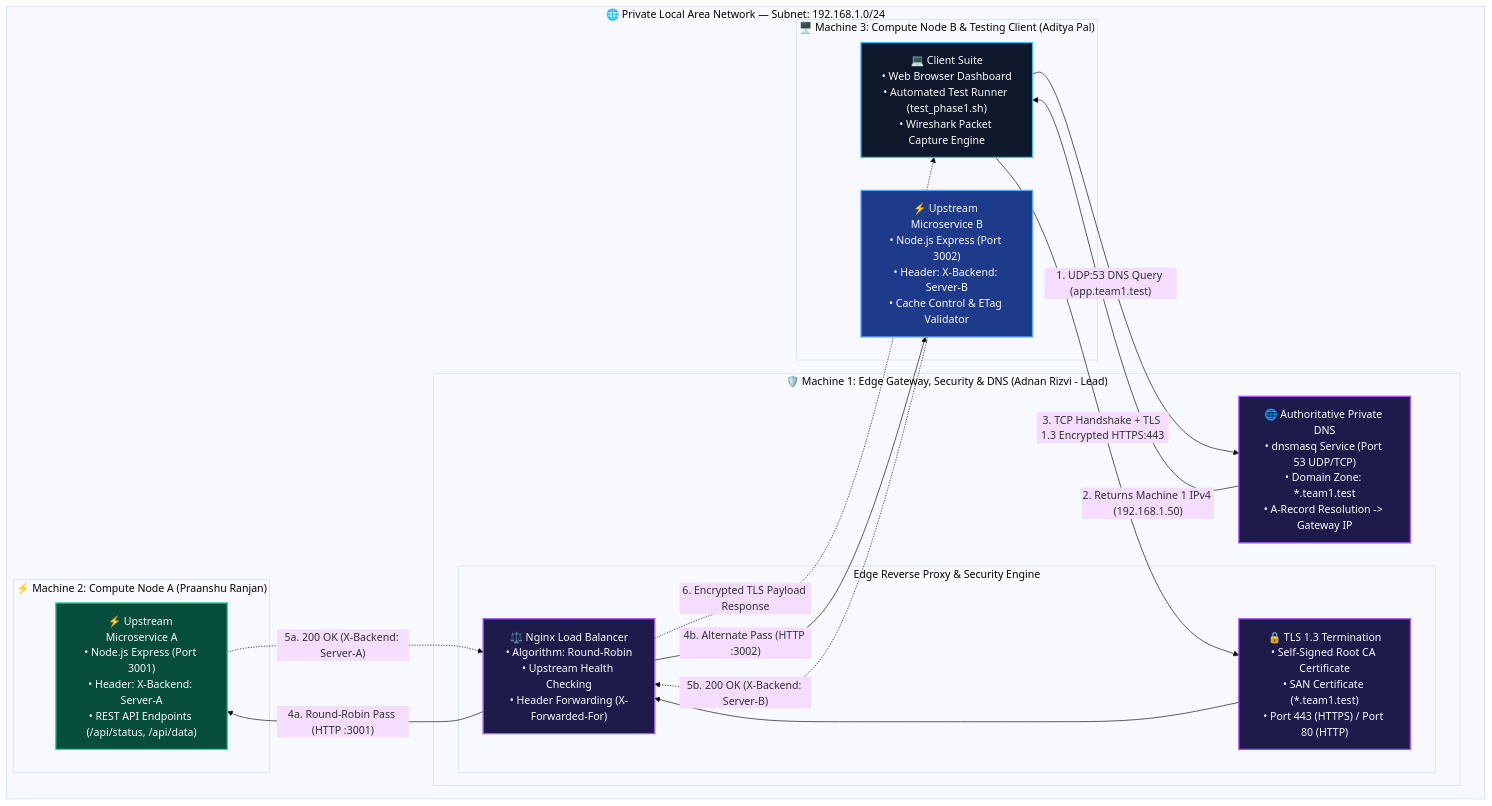
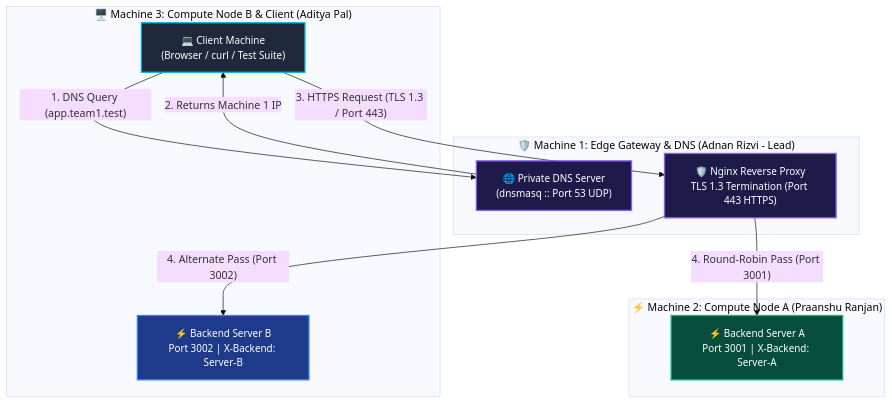
One commit to adnan275/CloudPulse changed the first of 2 diagrams in README.md. Above: the diagram before and after it, drawn with Mermaid (base theme).

Commit message:
docs: restore clean topology flowchart layout with enhanced font size

````diff
--- a/README.md
+++ b/README.md
@@ -15,41 +15,27 @@
 ```mermaid
 flowchart TD
-    classDef clientNode fill:#0f172a,stroke:#38bdf8,stroke-width:2px,color:#f8fafc
-    classDef gatewayNode fill:#1e1b4b,stroke:#a855f7,stroke-width:2px,color:#f8fafc
-    classDef backend1Node fill:#064e3b,stroke:#34d399,stroke-width:2px,color:#f8fafc
-    classDef backend2Node fill:#1e3a8a,stroke:#60a5fa,stroke-width:2px,color:#f8fafc
-    classDef subnetBox fill:#020617,stroke:#334155,stroke-width:2px,stroke-dasharray: 5 5,color:#94a3b8
+    classDef client fill:#1e293b,stroke:#06b6d4,stroke-width:2px,color:#fff,font-size:15px
+    classDef gateway fill:#1e1b4b,stroke:#8b5cf6,stroke-width:2px,color:#fff,font-size:15px
+    classDef backend1 fill:#064e3b,stroke:#10b981,stroke-width:2px,color:#fff,font-size:15px
+    classDef backend2 fill:#1e3a8a,stroke:#3b82f6,stroke-width:2px,color:#fff,font-size:15px
 
-    subgraph LAN ["🌐 Private Local Area Network — Subnet: 192.168.1.0/24"]
-        
-        subgraph Host3 ["🖥️ Machine 3: Compute Node B & Testing Client (Aditya Pal)"]
-            Client["💻 Client Suite<br/>• Web Browser Dashboard<br/>• Automated Test Runner (test_phase1.sh)<br/>• Wireshark Packet Capture Engine"]:::clientNode
-            BackendB["⚡ Upstream Microservice B<br/>• Node.js Express (Port 3002)<br/>• Header: X-Backend: Server-B<br/>• Cache Control & ETag Validator"]:::backend2Node
-        end
-
-        subgraph Host1 ["🛡️ Machine 1: Edge Gateway, Security & DNS (Adnan Rizvi - Lead)"]
-            DNS["🌐 Authoritative Private DNS<br/>• dnsmasq Service (Port 53 UDP/TCP)<br/>• Domain Zone: *.team1.test<br/>• A-Record Resolution -> Gateway IP"]:::gatewayNode
-            
-            subgraph EdgeServices ["Edge Reverse Proxy & Security Engine"]
-                TLS["🔒 TLS 1.3 Termination<br/>• Self-Signed Root CA Certificate<br/>• SAN Certificate (*.team1.test)<br/>• Port 443 (HTTPS) / Port 80 (HTTP)"]:::gatewayNode
-                NginxLB["⚖️ Nginx Load Balancer<br/>• Algorithm: Round-Robin<br/>• Upstream Health Checking<br/>• Header Forwarding (X-Forwarded-For)"]:::gatewayNode
-            end
-        end
-
-        subgraph Host2 ["⚡ Machine 2: Compute Node A (Praanshu Ranjan)"]
-            BackendA["⚡ Upstream Microservice A<br/>• Node.js Express (Port 3001)<br/>• Header: X-Backend: Server-A<br/>• REST API Endpoints (/api/status, /api/data)"]:::backend1Node
-        end
-
+    subgraph Host3 ["🖥️ Machine 3: Compute Node B & Client (Aditya Pal)"]
+        Client["💻 Client Machine<br/>(Browser / curl / Test Suite)"]:::client
+        BackendB["⚡ Backend Server B<br/>Port 3002 | X-Backend: Server-B"]:::backend2
     end
 
-    %% Network Connection Flows
-    Client -- "1. UDP:53 DNS Query (app.team1.test)" --> DNS
-    DNS -- "2. Returns Machine 1 IPv4 (192.168.1.50)" --> Client
-    Client -- "3. TCP Handshake + TLS 1.3 Encrypted HTTPS:443" --> TLS
-    TLS --> NginxLB
-    NginxLB -- "4a. Round-Robin Pass (HTTP :3001)" --> BackendA
-    NginxLB -- "4b. Alternate Pass (HTTP :3002)" --> BackendB
-    BackendA -. "5a. 200 OK (X-Backend: Server-A)" .-> NginxLB
-    BackendB -. "5b. 200 OK (X-Backend: Server-B)" .-> NginxLB
-    NginxLB -. "6. Encrypted TLS Payload Response" .-> Client
+    subgraph Host1 ["🛡️ Machine 1: Edge Gateway & DNS (Adnan Rizvi - Lead)"]
+        DNS["🌐 Private DNS Server<br/>(dnsmasq :: Port 53 UDP)"]:::gateway
+        Nginx["🛡️ Nginx Reverse Proxy<br/>TLS 1.3 Termination (Port 443 HTTPS)"]:::gateway
+    end
+
+    subgraph Host2 ["⚡ Machine 2: Compute Node A (Praanshu Ranjan)"]
+        BackendA["⚡ Backend Server A<br/>Port 3001 | X-Backend: Server-A"]:::backend1
+    end
+
+    Client -- "1. DNS Query (app.team1.test)" --> DNS
+    DNS -- "2. Returns Machine 1 IP" --> Client
+    Client -- "3. HTTPS Request (TLS 1.3 / Port 443)" --> Nginx
+    Nginx -- "4. Round-Robin Pass (Port 3001)" --> BackendA
+    Nginx -- "4. Alternate Pass (Port 3002)" --> BackendB
 ```
````
